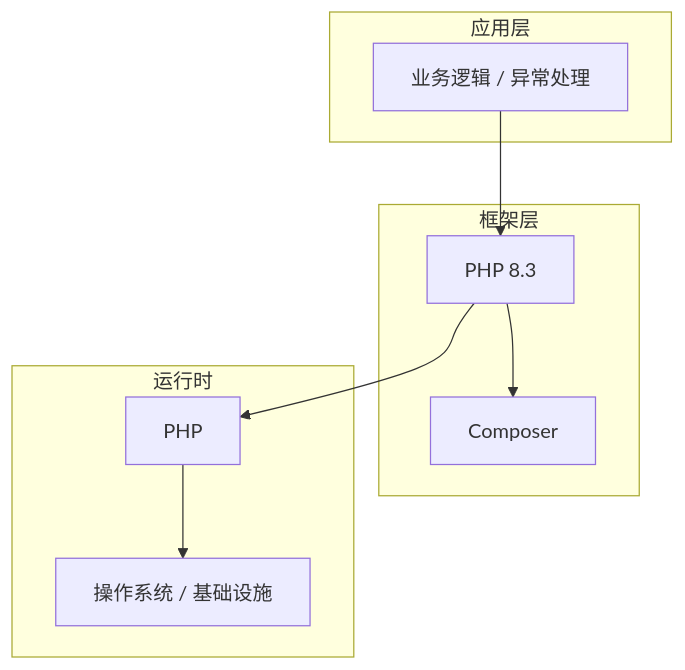
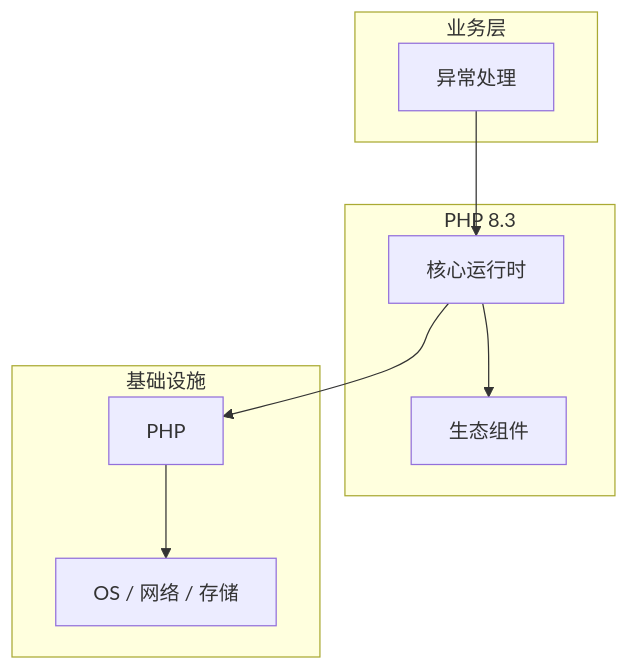
The diagram in articles/PHP/chapters/036-异常处理核心概念与原理.md (yanggan2015/knowledge-json-v2), drawn with Mermaid before and after one commit. The commit also changed other lines of this file and 10127 other files, not shown here.

````diff
--- a/articles/PHP/chapters/036-异常处理核心概念与原理.md
+++ b/articles/PHP/chapters/036-异常处理核心概念与原理.md
@@ -45,18 +34,18 @@
 ```mermaid
 graph TB
-    subgraph 应用层
-        A[业务逻辑 / 异常处理]
+    subgraph 业务层
+        A[异常处理]
     end
-    subgraph 框架层
-        B[PHP 8.3]
-        C[Composer]
+    subgraph PHP 8.3
+        B[核心运行时]
+        C[生态组件]
     end
-    subgraph 运行时
+    subgraph 基础设施
         D[PHP]
-        E[操作系统 / 基础设施]
+        E[OS / 网络 / 存储]
     end
     A --> B
     B --> C
     B --> D
     D --> E
 ```
````
